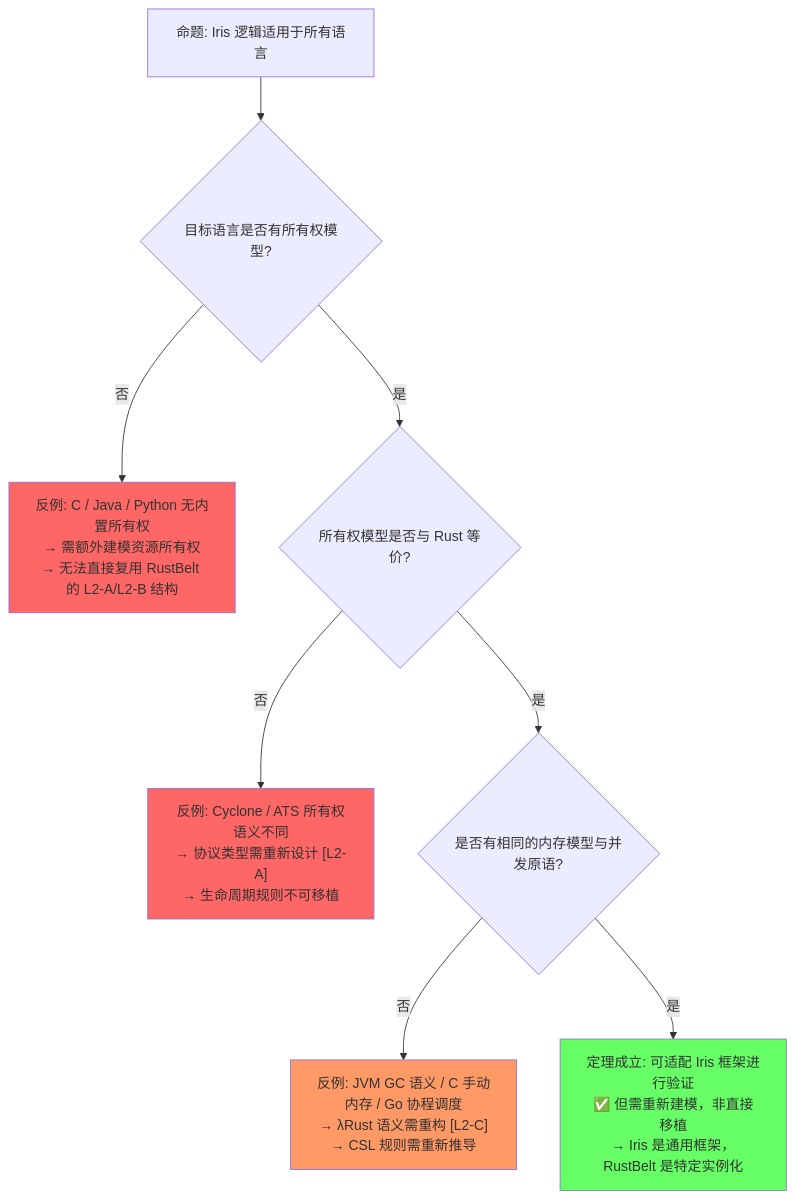
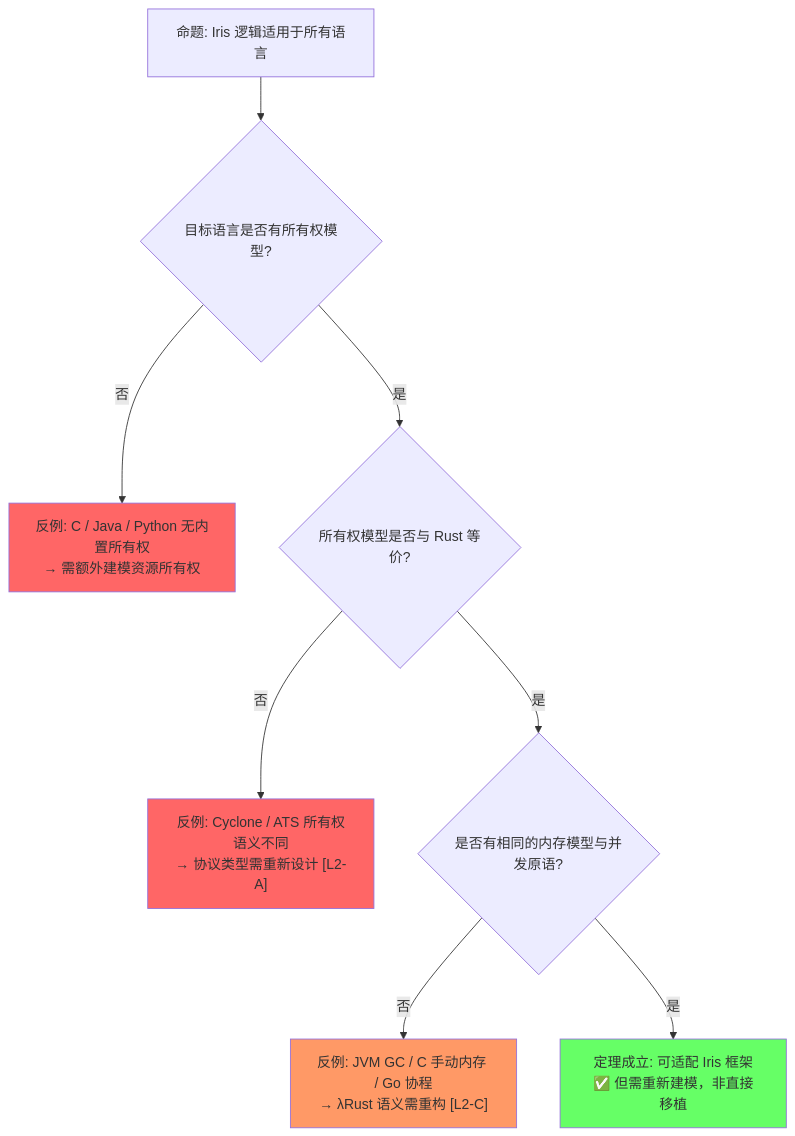
One commit to martin-ly/rust-lang changed the third of 4 diagrams in concept/04_formal/04_rustbelt.md. Above: the diagram before and after it, drawn with Mermaid. The commit also changed other lines of this file and 16 other files, not shown here.

````diff
--- a/concept/04_formal/04_rustbelt.md
+++ b/concept/04_formal/04_rustbelt.md
@@ -145,15 +266,14 @@
 ```mermaid
 graph TD
     P3["命题: Iris 逻辑适用于所有语言"] --> Q7{"目标语言是否有所有权模型?"}
-    Q7 -->|否| F7["反例: C / Java / Python 无内置所有权<br/>→ 需额外建模资源所有权<br/>→ 无法直接复用 RustBelt 的 L2-A/L2-B 结构"]
+    Q7 -->|否| F7["反例: C / Java / Python 无内置所有权<br/>→ 需额外建模资源所有权"]
     Q7 -->|是| Q8{"所有权模型是否与 Rust 等价?"}
-    Q8 -->|否| F8["反例: Cyclone / ATS 所有权语义不同<br/>→ 协议类型需重新设计 [L2-A]<br/>→ 生命周期规则不可移植"]
+    Q8 -->|否| F8["反例: Cyclone / ATS 所有权语义不同<br/>→ 协议类型需重新设计 [L2-A]"]
     Q8 -->|是| Q9{"是否有相同的内存模型与并发原语?"}
-    Q9 -->|否| F9["反例: JVM GC 语义 / C 手动内存 / Go 协程调度<br/>→ λRust 语义需重构 [L2-C]<br/>→ CSL 规则需重新推导"]
-    Q9 -->|是| T3["定理成立: 可适配 Iris 框架进行验证<br/>✅ 但需重新建模，非直接移植<br/>→ Iris 是通用框架，RustBelt 是特定实例化"]
-
+    Q9 -->|否| F9["反例: JVM GC / C 手动内存 / Go 协程<br/>→ λRust 语义需重构 [L2-C]"]
+    Q9 -->|是| T3["定理成立: 可适配 Iris 框架<br/>✅ 但需重新建模，非直接移植"]
     style F7 fill:#f66
     style F8 fill:#f66
     style F9 fill:#f96
     style T3 fill:#6f6
 ```
````
